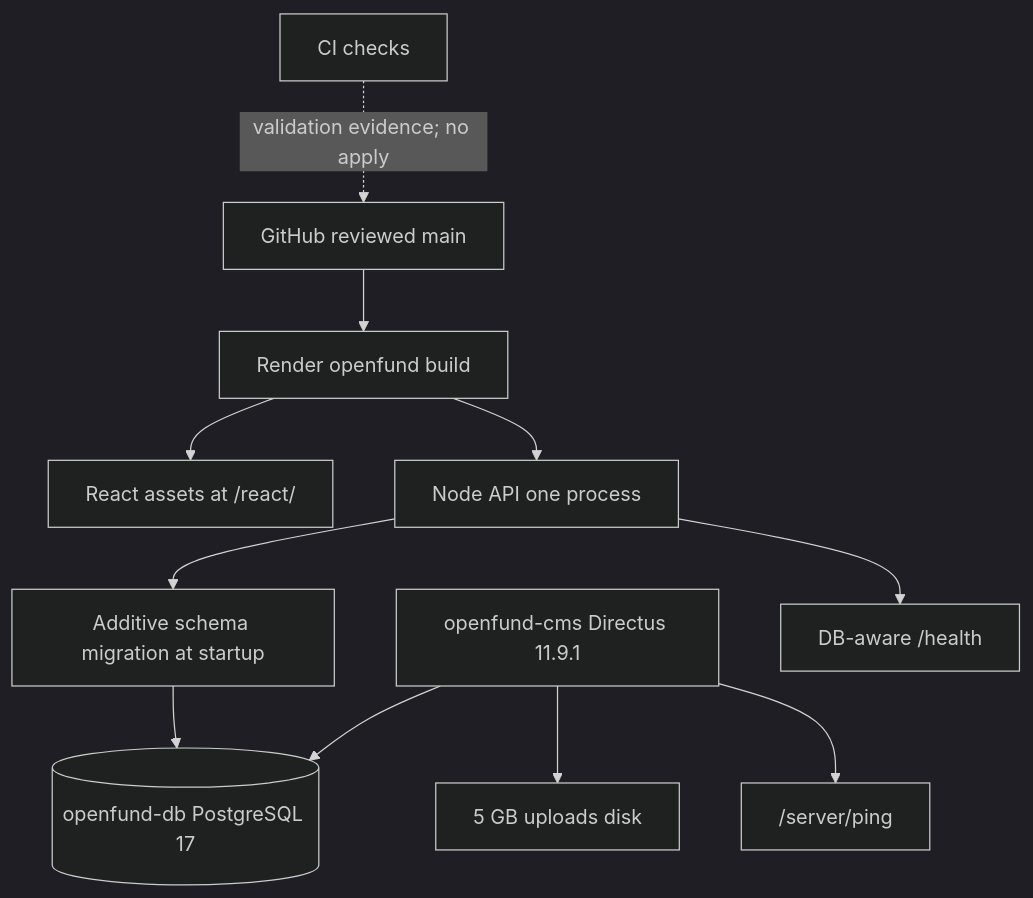
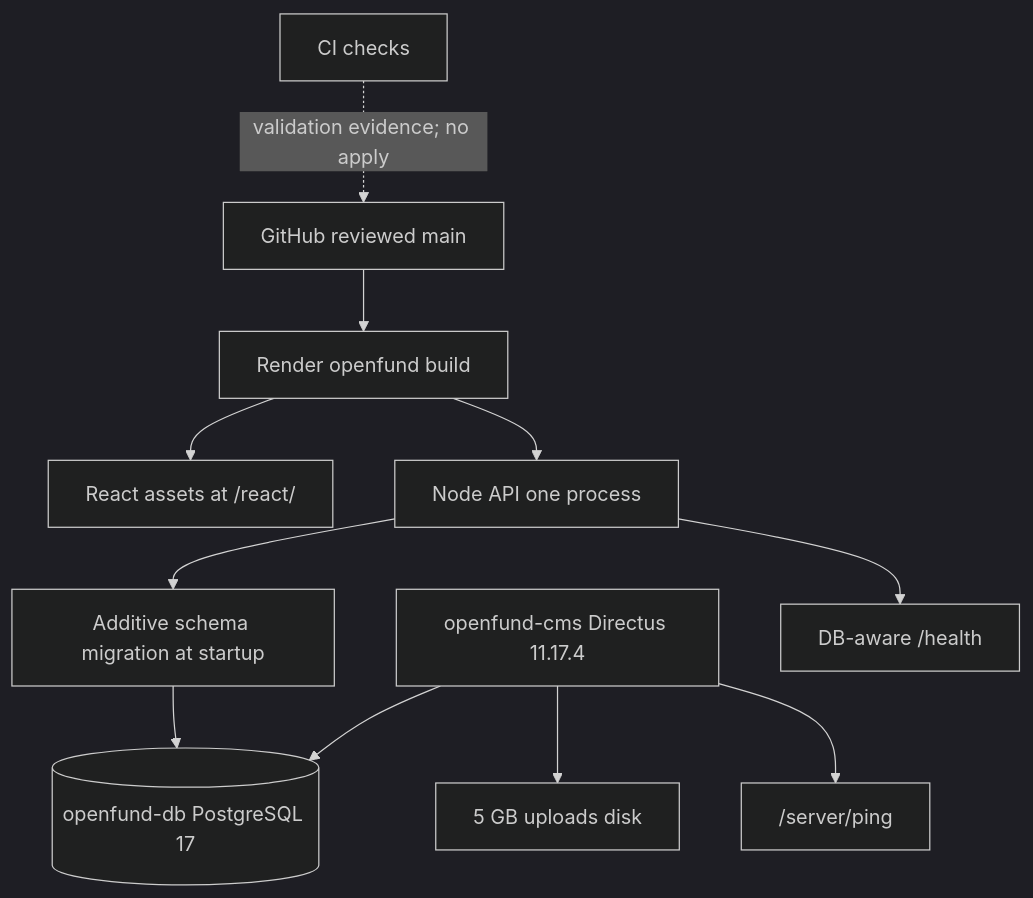
One commit to algomanlife/openfund changed the fourth of 4 diagrams in docs/architecture/FLOWS.md. Above: the diagram before and after it, drawn with Mermaid (dark theme). The commit also changed 20 other files, not shown here.

First line of the commit message:
chore(cms): pin Directus 11.17.4, the latest 11.x release

````diff
--- a/docs/architecture/FLOWS.md
+++ b/docs/architecture/FLOWS.md
@@ -75,13 +75,13 @@
 ```mermaid
 flowchart TB
   Git[GitHub reviewed main] --> Build[Render openfund build]
   Build --> Web[React assets at /react/]
   Build --> API[Node API one process]
   API --> Migrate[Additive schema migration at startup]
   Migrate --> DB[(openfund-db PostgreSQL 17)]
-  CMS[openfund-cms Directus 11.9.1] --> DB
+  CMS[openfund-cms Directus 11.17.4] --> DB
   CMS --> Disk[5 GB uploads disk]
   API --> Health[DB-aware /health]
   CMS --> CMSHealth["/server/ping"]
   CI[CI checks] -.->|validation evidence; no apply| Git
 ```
````
